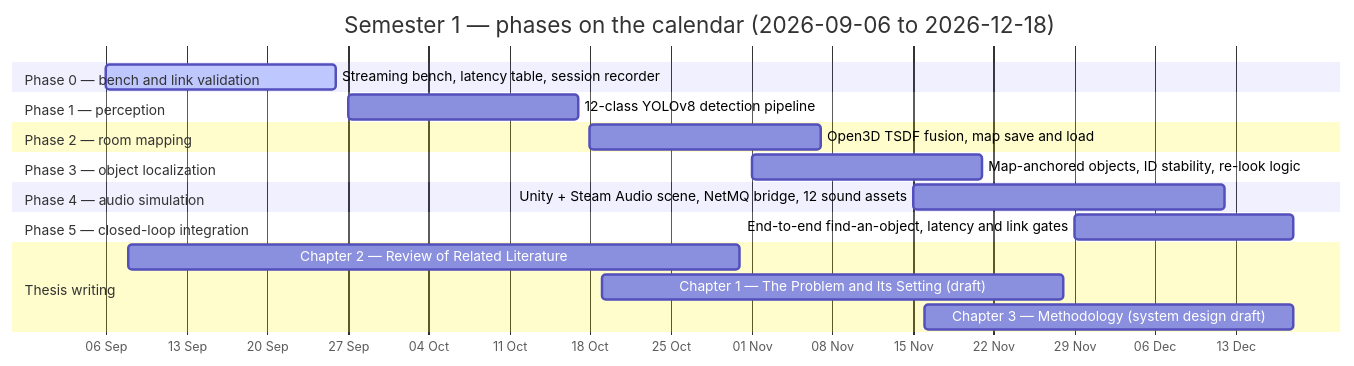
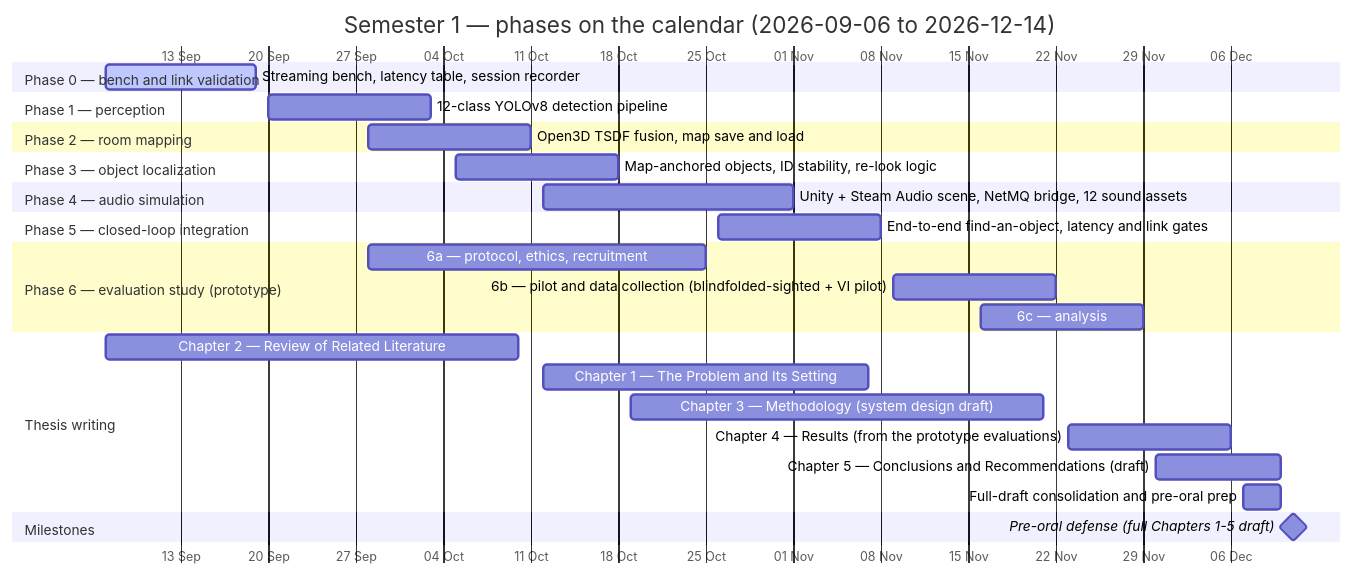
The second of 3 diagrams in docs/gantt.md (pewpil/auris), drawn with Mermaid before and after one commit. The commit also changed other lines of this file and 1 other file, not shown here.

````diff
--- a/docs/gantt.md
+++ b/docs/gantt.md
@@ -39,30 +59,46 @@
 ```mermaid
+---
+config:
+  gantt:
+    topAxis: true
+    todayMarker: "stroke-width:2px,stroke:#c62828"
+---
 gantt
-    title Semester 1 — phases on the calendar (2026-09-06 to 2026-12-18)
+    title Semester 1 — phases on the calendar (2026-09-06 to 2026-12-14)
     dateFormat YYYY-MM-DD
     axisFormat %d %b
-    todayMarker off
 
     section Phase 0 — bench and link validation
-    Streaming bench, latency table, session recorder :active, p0, 2026-09-06, 2026-09-26
+    Streaming bench, latency table, session recorder :active, p0, 2026-09-07, 2026-09-19
 
     section Phase 1 — perception
-    12-class YOLOv8 detection pipeline :p1, 2026-09-27, 2026-10-17
+    12-class YOLOv8 detection pipeline :p1, 2026-09-20, 2026-10-03
 
     section Phase 2 — room mapping
-    Open3D TSDF fusion, map save and load :p2, 2026-10-18, 2026-11-07
+    Open3D TSDF fusion, map save and load :p2, 2026-09-28, 2026-10-11
 
     section Phase 3 — object localization
-    Map-anchored objects, ID stability, re-look logic :p3, 2026-11-01, 2026-11-21
+    Map-anchored objects, ID stability, re-look logic :p3, 2026-10-05, 2026-10-18
 
     section Phase 4 — audio simulation
-    Unity + Steam Audio scene, NetMQ bridge, 12 sound assets :p4, 2026-11-15, 2026-12-12
+    Unity + Steam Audio scene, NetMQ bridge, 12 sound assets :p4, 2026-10-12, 2026-11-01
 
     section Phase 5 — closed-loop integration
-    End-to-end find-an-object, latency and link gates :p5, 2026-11-29, 2026-12-18
+    End-to-end find-an-object, latency and link gates :p5, 2026-10-26, 2026-11-08
+
+    section Phase 6 — evaluation study (prototype)
+    6a — protocol, ethics, recruitment :p6a, 2026-09-28, 2026-10-25
+    6b — pilot and data collection (blindfolded-sighted + VI pilot) :p6b, 2026-11-09, 2026-11-22
+    6c — analysis :p6c, 2026-11-16, 2026-11-29
 
     section Thesis writing
-    Chapter 2 — Review of Related Literature :t1, 2026-09-08, 2026-10-31
-    Chapter 1 — The Problem and Its Setting (draft) :t2, 2026-10-19, 2026-11-28
-    Chapter 3 — Methodology (system design draft) :t3, 2026-11-16, 2026-12-18
+    Chapter 2 — Review of Related Literature :t1, 2026-09-07, 2026-10-10
+    Chapter 1 — The Problem and Its Setting :t2, 2026-10-12, 2026-11-07
+    Chapter 3 — Methodology (system design draft) :t3, 2026-10-19, 2026-11-21
+    Chapter 4 — Results (from the prototype evaluations) :t4, 2026-11-23, 2026-12-06
+    Chapter 5 — Conclusions and Recommendations (draft) :t5, 2026-11-30, 2026-12-10
+    Full-draft consolidation and pre-oral prep :t6, 2026-12-07, 2026-12-10
+
+    section Milestones
+    Pre-oral defense (full Chapters 1-5 draft) :milestone, m1, 2026-12-11, 0d
 ```
````
